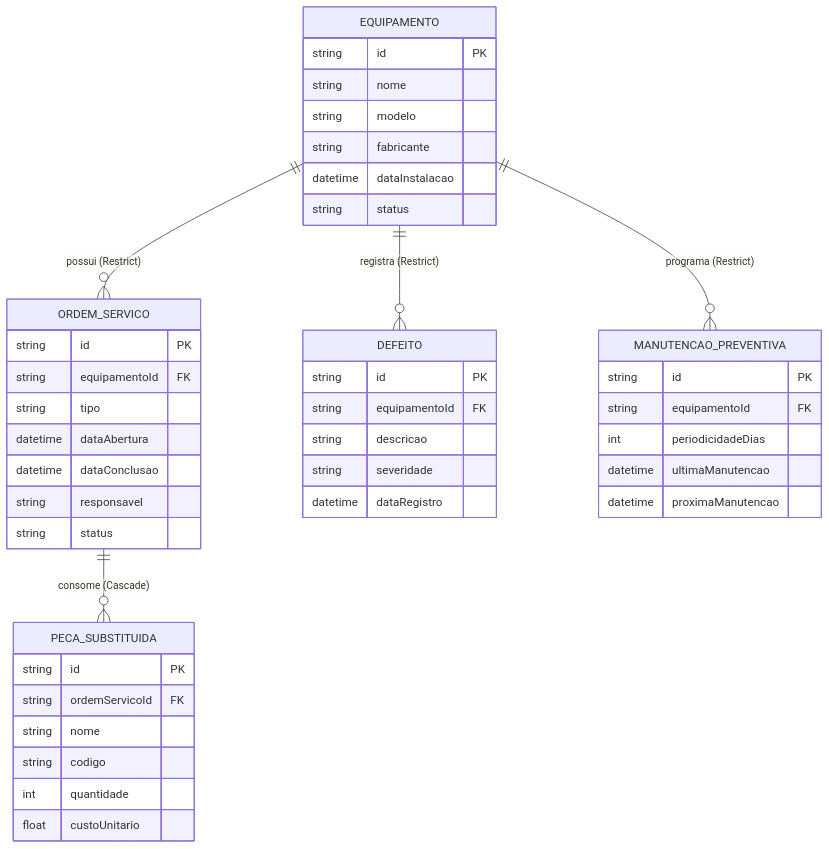
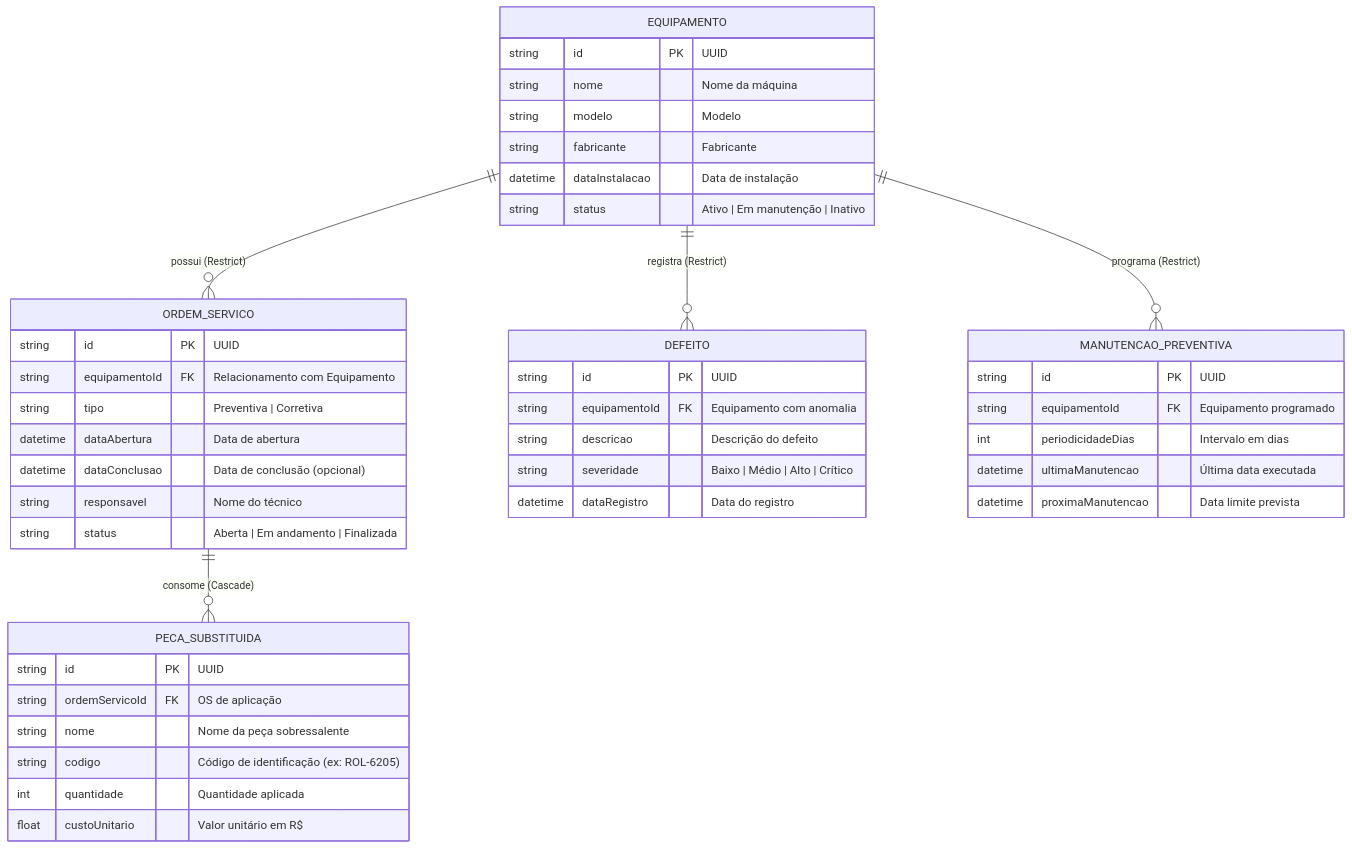
Before and after one commit to ScriptDev/API-de-Manuten-o-Industrial: the diagram in README.md, drawn with Mermaid. The commit also changed other lines of this file, not shown here.

````diff
--- a/README.md
+++ b/README.md
@@ -44,51 +48,51 @@
 ```mermaid
 erDiagram
     EQUIPAMENTO ||--o{ ORDEM_SERVICO : "possui (Restrict)"
     EQUIPAMENTO ||--o{ DEFEITO : "registra (Restrict)"
     EQUIPAMENTO ||--o{ MANUTENCAO_PREVENTIVA : "programa (Restrict)"
     ORDEM_SERVICO ||--o{ PECA_SUBSTITUIDA : "consome (Cascade)"
 
     EQUIPAMENTO {
-        string id PK
-        string nome
-        string modelo
-        string fabricante
-        datetime dataInstalacao
-        string status
+        string id PK "UUID"
+        string nome "Nome da máquina"
+        string modelo "Modelo"
+        string fabricante "Fabricante"
+        datetime dataInstalacao "Data de instalação"
+        string status "Ativo | Em manutenção | Inativo"
     }
 
     ORDEM_SERVICO {
-        string id PK
-        string equipamentoId FK
-        string tipo
-        datetime dataAbertura
-        datetime dataConclusao
-        string responsavel
-        string status
+        string id PK "UUID"
+        string equipamentoId FK "Relacionamento com Equipamento"
+        string tipo "Preventiva | Corretiva"
+        datetime dataAbertura "Data de abertura"
+        datetime dataConclusao "Data de conclusão (opcional)"
+        string responsavel "Nome do técnico"
+        string status "Aberta | Em andamento | Finalizada"
     }
 
     DEFEITO {
-        string id PK
-        string equipamentoId FK
-        string descricao
-        string severidade
-        datetime dataRegistro
+        string id PK "UUID"
+        string equipamentoId FK "Equipamento com anomalia"
+        string descricao "Descrição do defeito"
+        string severidade "Baixo | Médio | Alto | Crítico"
+        datetime dataRegistro "Data do registro"
     }
 
     MANUTENCAO_PREVENTIVA {
-        string id PK
-        string equipamentoId FK
-        int periodicidadeDias
-        datetime ultimaManutencao
-        datetime proximaManutencao
+        string id PK "UUID"
+        string equipamentoId FK "Equipamento programado"
+        int periodicidadeDias "Intervalo em dias"
+        datetime ultimaManutencao "Última data executada"
+        datetime proximaManutencao "Data limite prevista"
     }
 
     PECA_SUBSTITUIDA {
-        string id PK
-        string ordemServicoId FK
-        string nome
-        string codigo
-        int quantidade
-        float custoUnitario
+        string id PK "UUID"
+        string ordemServicoId FK "OS de aplicação"
+        string nome "Nome da peça sobressalente"
+        string codigo "Código de identificação (ex: ROL-6205)"
+        int quantidade "Quantidade aplicada"
+        float custoUnitario "Valor unitário em R$"
     }
 ```
````
